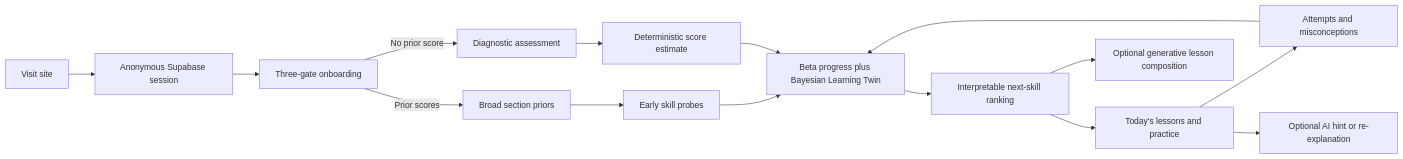
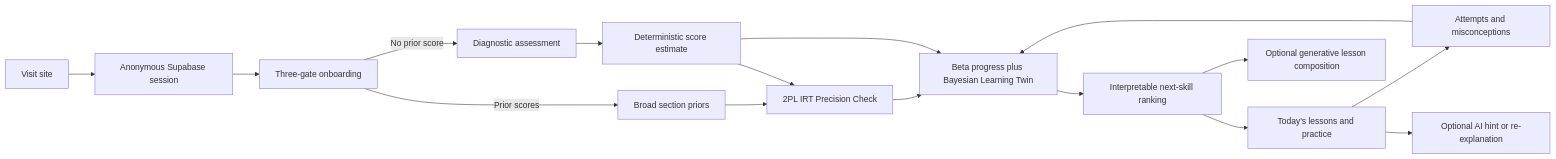
The diagram in docs/TECHNICAL_ARCHITECTURE.md (Hvcvvbjj/act-tutor--Prelim-My-Version), drawn with Mermaid before and after one commit. The commit also changed other lines of this file and 28 other files, not shown here.

Commit message:
Add adaptive IRT precision engine

````diff
--- a/docs/TECHNICAL_ARCHITECTURE.md
+++ b/docs/TECHNICAL_ARCHITECTURE.md
@@ -7,17 +7,18 @@
 ```mermaid
 flowchart LR
     A[Visit site] --> B[Anonymous Supabase session]
     B --> C[Three-gate onboarding]
     C -->|Prior scores| D[Broad section priors]
     C -->|No prior score| E[Diagnostic assessment]
-    D --> F[Early skill probes]
+    D --> F[2PL IRT Precision Check]
     E --> G[Deterministic score estimate]
+    G --> F
     F --> H[Beta progress plus Bayesian Learning Twin]
     G --> H
     H --> I[Interpretable next-skill ranking]
     I --> J[Today's lessons and practice]
     J --> K[Attempts and misconceptions]
     K --> H
     I --> L[Optional generative lesson composition]
     J --> M[Optional AI hint or re-explanation]
 ```
````
